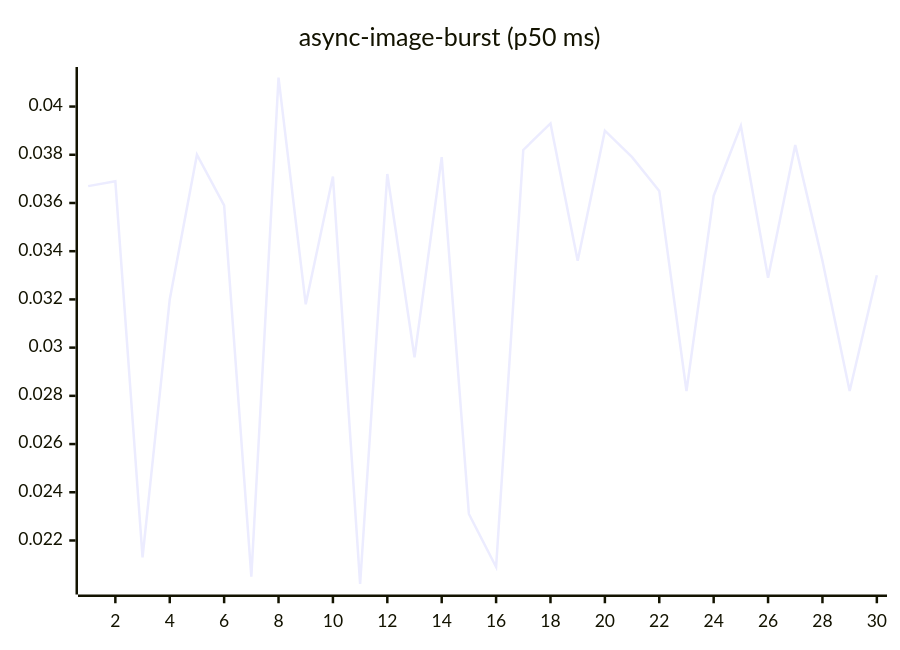
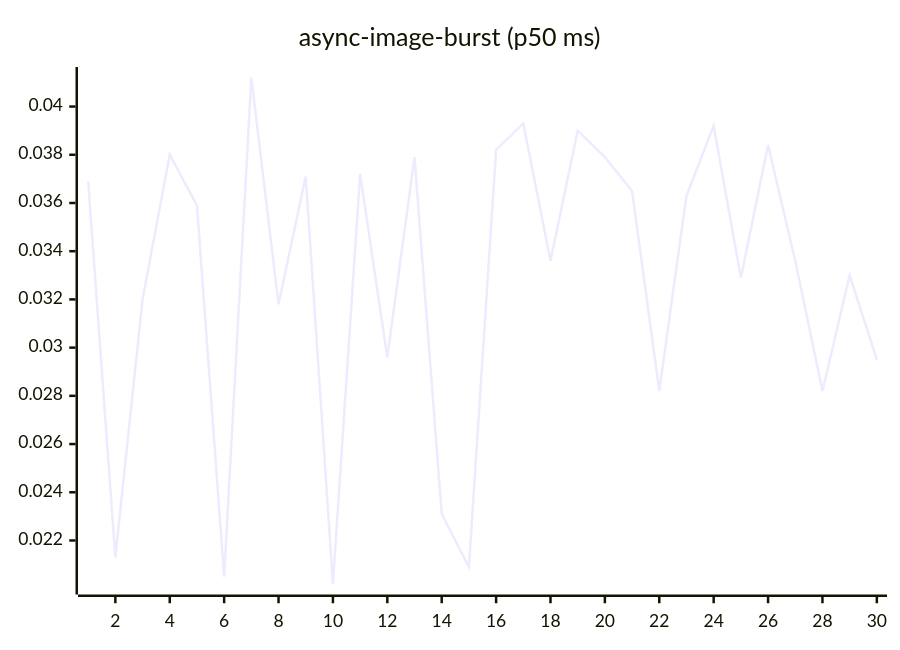
One commit to josha/Facet changed the fourth of 27 diagrams in README.md. Above: the diagram before and after it, drawn with Mermaid. The commit also changed other lines of this file and 2 other files, not shown here.

````diff
--- a/README.md
+++ b/README.md
@@ -84,6 +84,6 @@
 ```mermaid
 xychart-beta
     title "async-image-burst (p50 ms)"
     x-axis 1 --> 30
-    line [0.0367, 0.0369, 0.0213, 0.0320, 0.0380, 0.0359, 0.0205, 0.0412, 0.0318, 0.0371, 0.0202, 0.0372, 0.0296, 0.0379, 0.0231, 0.0209, 0.0382, 0.0393, 0.0336, 0.0390, 0.0379, 0.0365, 0.0282, 0.0363, 0.0392, 0.0329, 0.0384, 0.0336, 0.0282, 0.0330]
+    line [0.0369, 0.0213, 0.0320, 0.0380, 0.0359, 0.0205, 0.0412, 0.0318, 0.0371, 0.0202, 0.0372, 0.0296, 0.0379, 0.0231, 0.0209, 0.0382, 0.0393, 0.0336, 0.0390, 0.0379, 0.0365, 0.0282, 0.0363, 0.0392, 0.0329, 0.0384, 0.0336, 0.0282, 0.0330, 0.0295]
 ```
````
